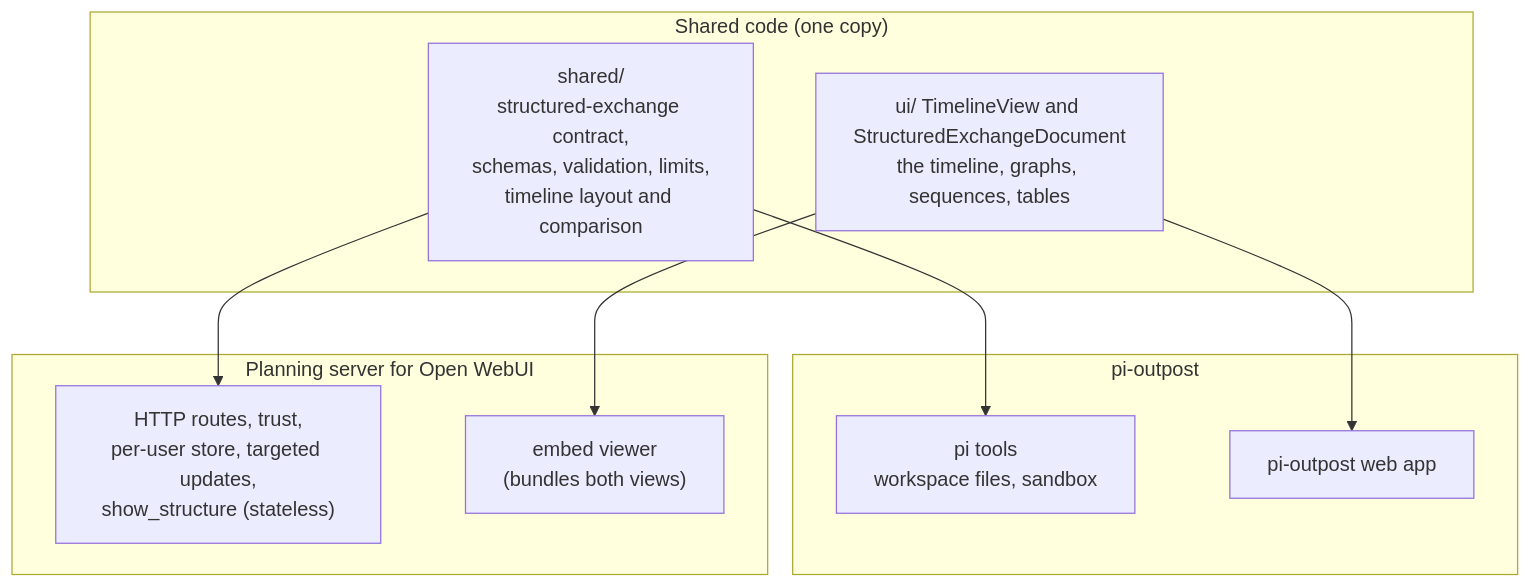
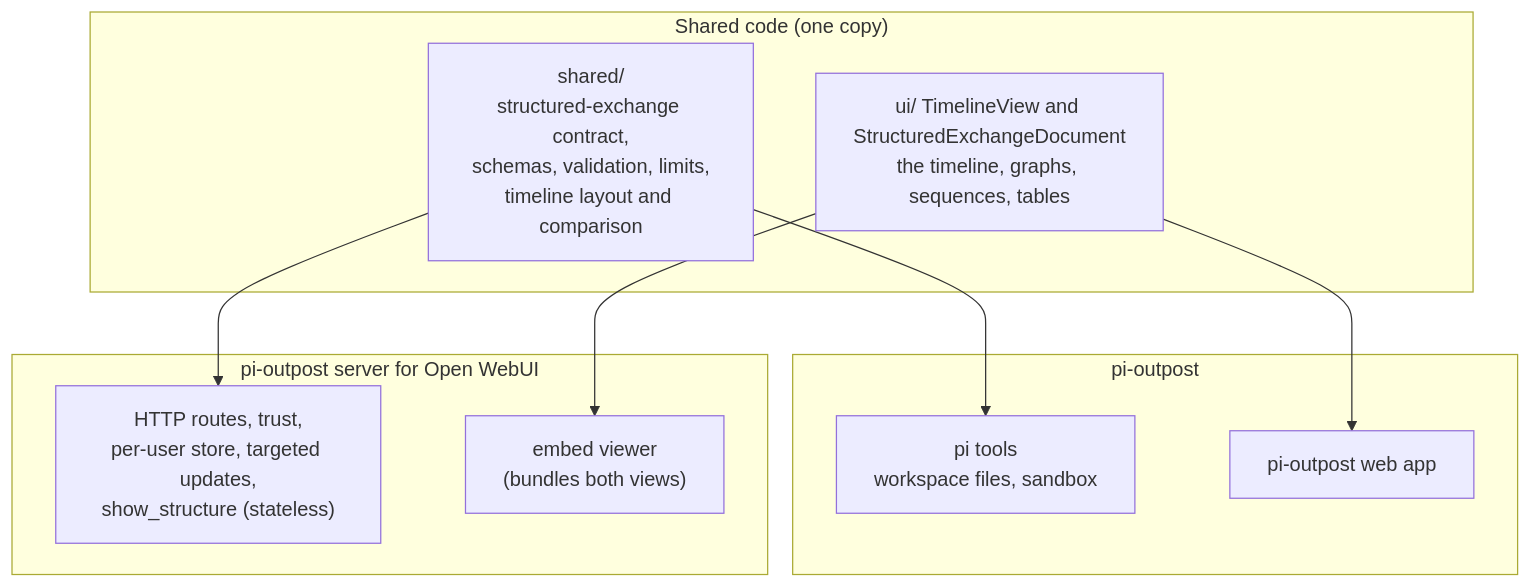
Before and after one commit to laurentftech/pi-outpost: the third of 3 diagrams in docs/openwebui-architecture.md, drawn with Mermaid. The commit also changed other lines of this file and 23 other files, not shown here.

First line of the commit message:
refactor(openwebui): name it pi-outpost's Open WebUI server, not a planning server

````diff
--- a/docs/openwebui-architecture.md
+++ b/docs/openwebui-architecture.md
@@ -226,19 +226,19 @@
 ```mermaid
 flowchart TB
   subgraph shared["Shared code (one copy)"]
     C["shared/<br/>structured-exchange contract,<br/>schemas, validation, limits,<br/>timeline layout and comparison"]
     UIV["ui/ TimelineView and StructuredExchangeDocument<br/>the timeline, graphs, sequences, tables"]
   end
   subgraph po["pi-outpost"]
     PT["pi tools<br/>workspace files, sandbox"]
     PUI["pi-outpost web app"]
   end
-  subgraph ow["Planning server for Open WebUI"]
+  subgraph ow["pi-outpost server for Open WebUI"]
     R["HTTP routes, trust,<br/>per-user store, targeted updates,<br/>show_structure (stateless)"]
     E["embed viewer<br/>(bundles both views)"]
   end
   C --> PT
   C --> R
   UIV --> PUI
   UIV --> E
 ```
````
